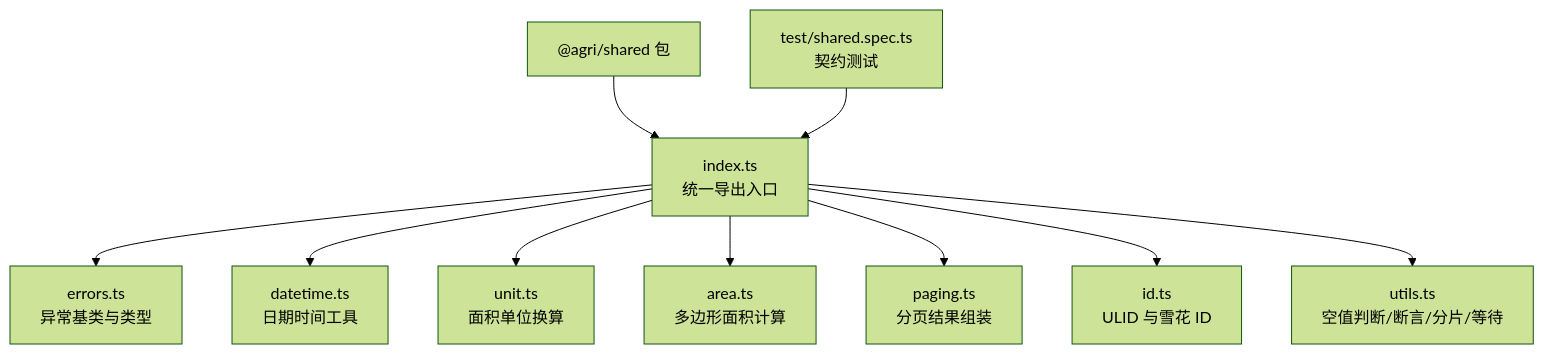
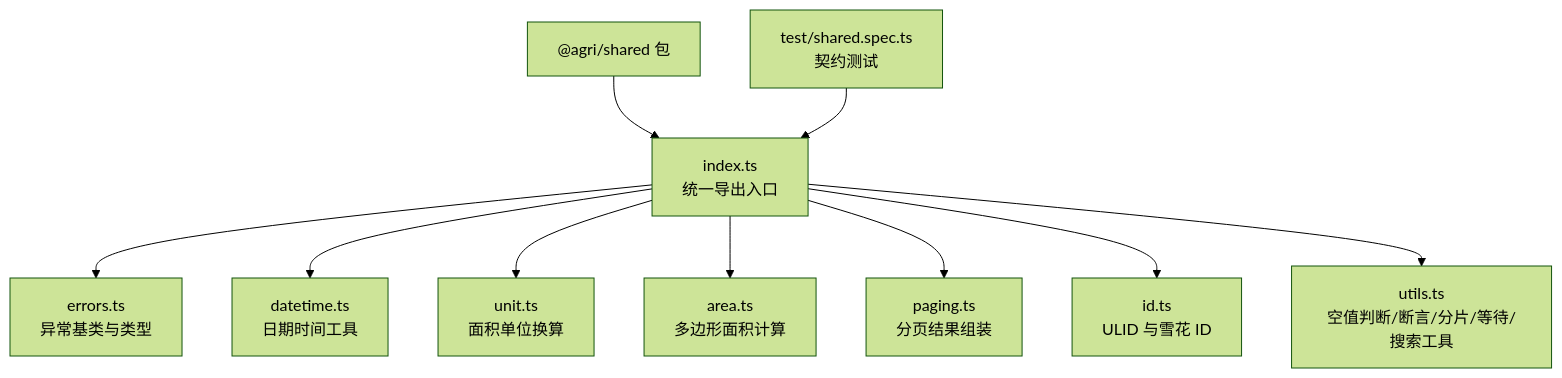
One commit to q446328246/agri-platform changed the first of 13 diagrams in .qoder/repowiki/zh/content/公共包文档/共享工具包 (@agri_shared).md. Above: the diagram before and after it, drawn with Mermaid (forest theme). The commit also changed other lines of this file and 35 other files, not shown here.

````diff
--- a/.qoder/repowiki/zh/content/公共包文档/共享工具包 (@agri_shared).md
+++ b/.qoder/repowiki/zh/content/公共包文档/共享工具包 (@agri_shared).md
@@ -43,22 +53,22 @@
 ```mermaid
 graph TB
 shared["@agri/shared 包"]
 index["index.ts<br/>统一导出入口"]
 errors["errors.ts<br/>异常基类与类型"]
 datetime["datetime.ts<br/>日期时间工具"]
 unit["unit.ts<br/>面积单位换算"]
 area["area.ts<br/>多边形面积计算"]
 paging["paging.ts<br/>分页结果组装"]
 id["id.ts<br/>ULID 与雪花 ID"]
-utils["utils.ts<br/>空值判断/断言/分片/等待"]
+utils["utils.ts<br/>空值判断/断言/分片/等待/搜索工具"]
 test["test/shared.spec.ts<br/>契约测试"]
 shared --> index
 index --> errors
 index --> datetime
 index --> unit
 index --> area
 index --> paging
 index --> id
 index --> utils
 test --> index
 ```
````
